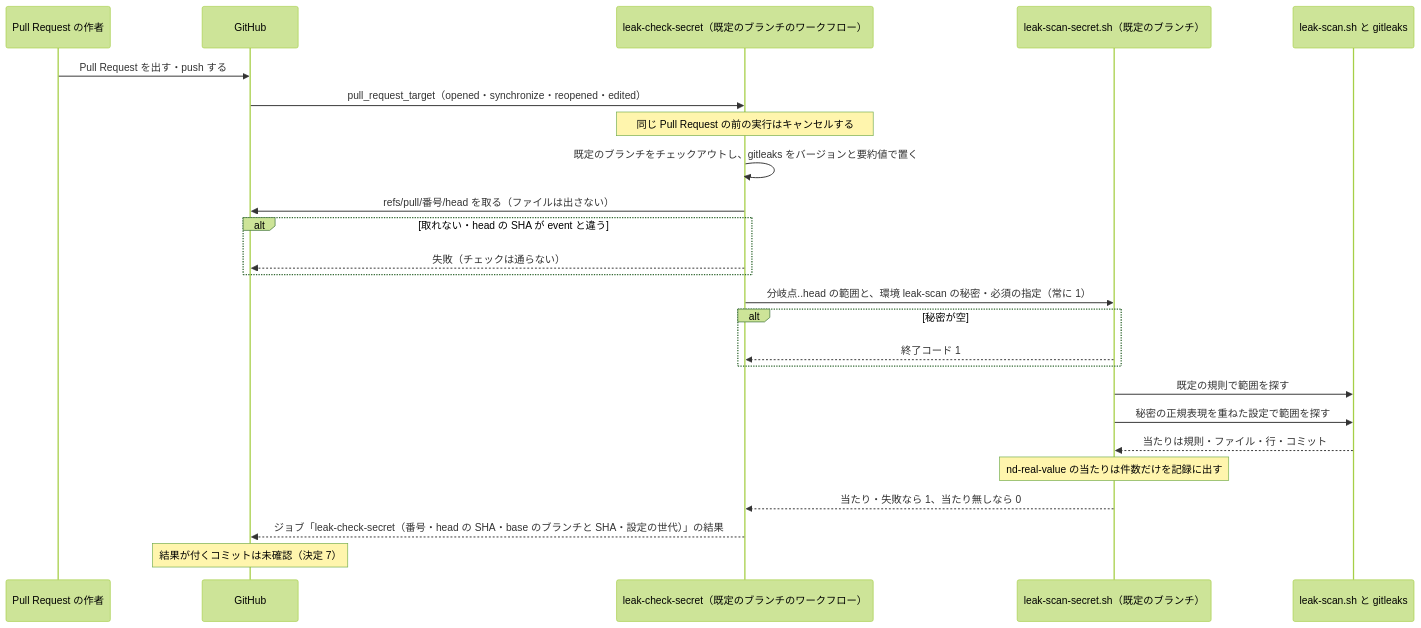
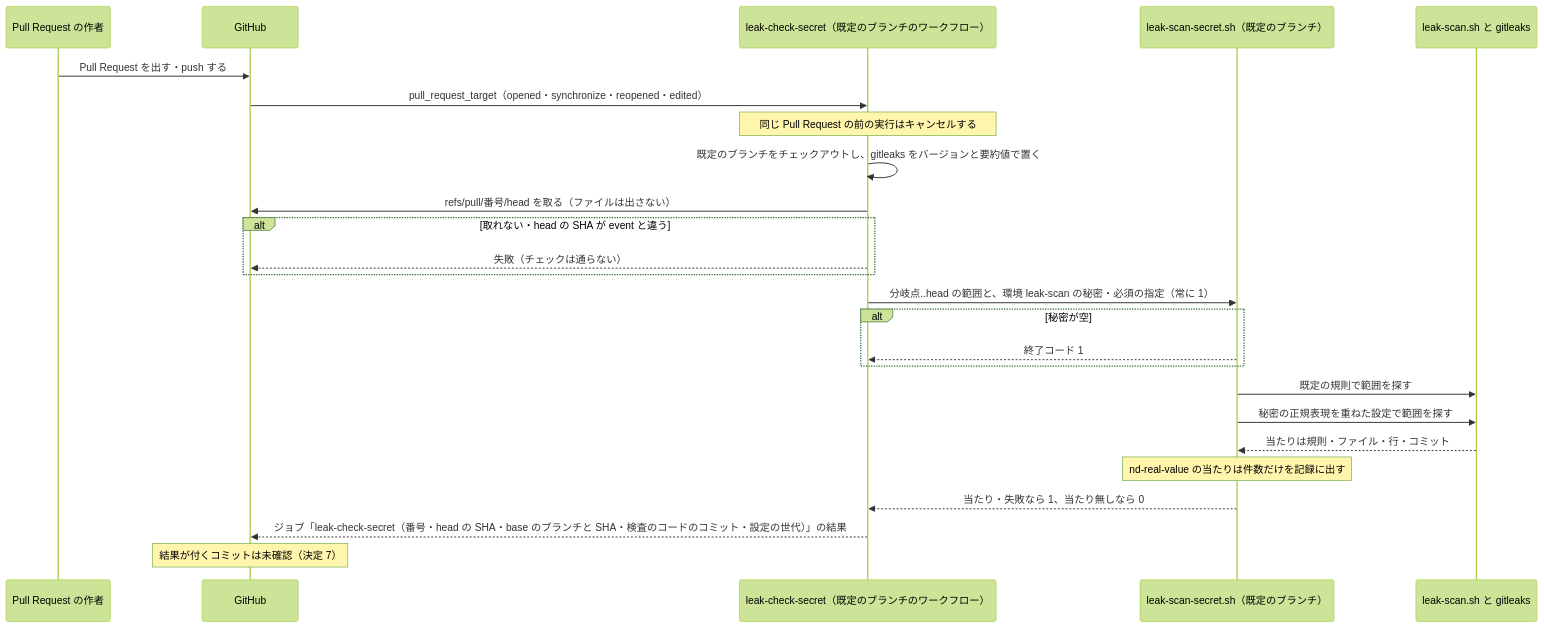
Before and after one commit to devbasex/nd-factory: the fourth of 4 diagrams in issues/issue-96-101-design.md, drawn with Mermaid (forest theme). The commit also changed other lines of this file, not shown here.

````diff
--- a/issues/issue-96-101-design.md
+++ b/issues/issue-96-101-design.md
@@ -135,27 +135,27 @@
 ```mermaid
 sequenceDiagram
     participant A as Pull Request の作者
     participant G as GitHub
     participant J as leak-check-secret（既定のブランチのワークフロー）
     participant S as leak-scan-secret.sh（既定のブランチ）
     participant L as leak-scan.sh と gitleaks
     A->>G: Pull Request を出す・push する
     G->>J: pull_request_target（opened・synchronize・reopened・edited）
     Note over J: 同じ Pull Request の前の実行はキャンセルする
     J->>J: 既定のブランチをチェックアウトし、gitleaks をバージョンと要約値で置く
     J->>G: refs/pull/番号/head を取る（ファイルは出さない）
     alt 取れない・head の SHA が event と違う
         J-->>G: 失敗（チェックは通らない）
     end
     J->>S: 分岐点..head の範囲と、環境 leak-scan の秘密・必須の指定（常に 1）
     alt 秘密が空
         S-->>J: 終了コード 1
     end
     S->>L: 既定の規則で範囲を探す
     S->>L: 秘密の正規表現を重ねた設定で範囲を探す
     L-->>S: 当たりは規則・ファイル・行・コミット
     Note over S: nd-real-value の当たりは件数だけを記録に出す
     S-->>J: 当たり・失敗なら 1、当たり無しなら 0
-    J-->>G: ジョブ「leak-check-secret（番号・head の SHA・base のブランチと SHA・設定の世代）」の結果
+    J-->>G: ジョブ「leak-check-secret（番号・head の SHA・base のブランチと SHA・検査のコードのコミット・設定の世代）」の結果
     Note over G: 結果が付くコミットは未確認（決定 7）
 ```
````
